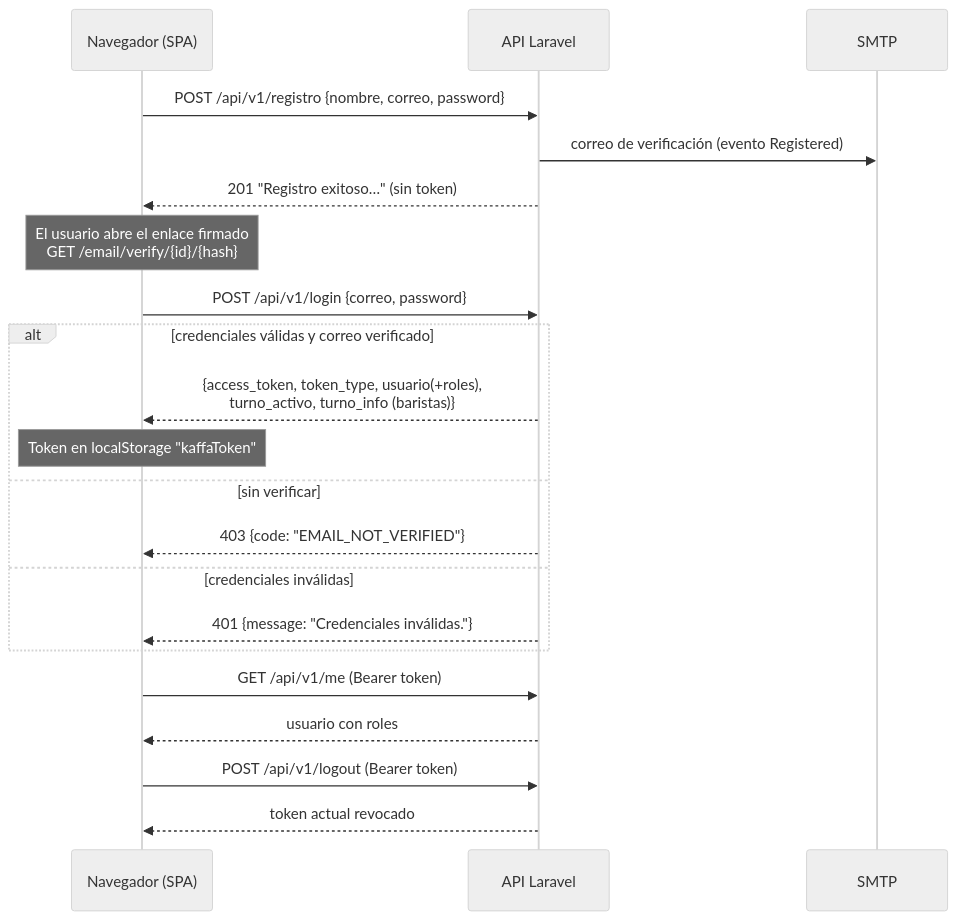
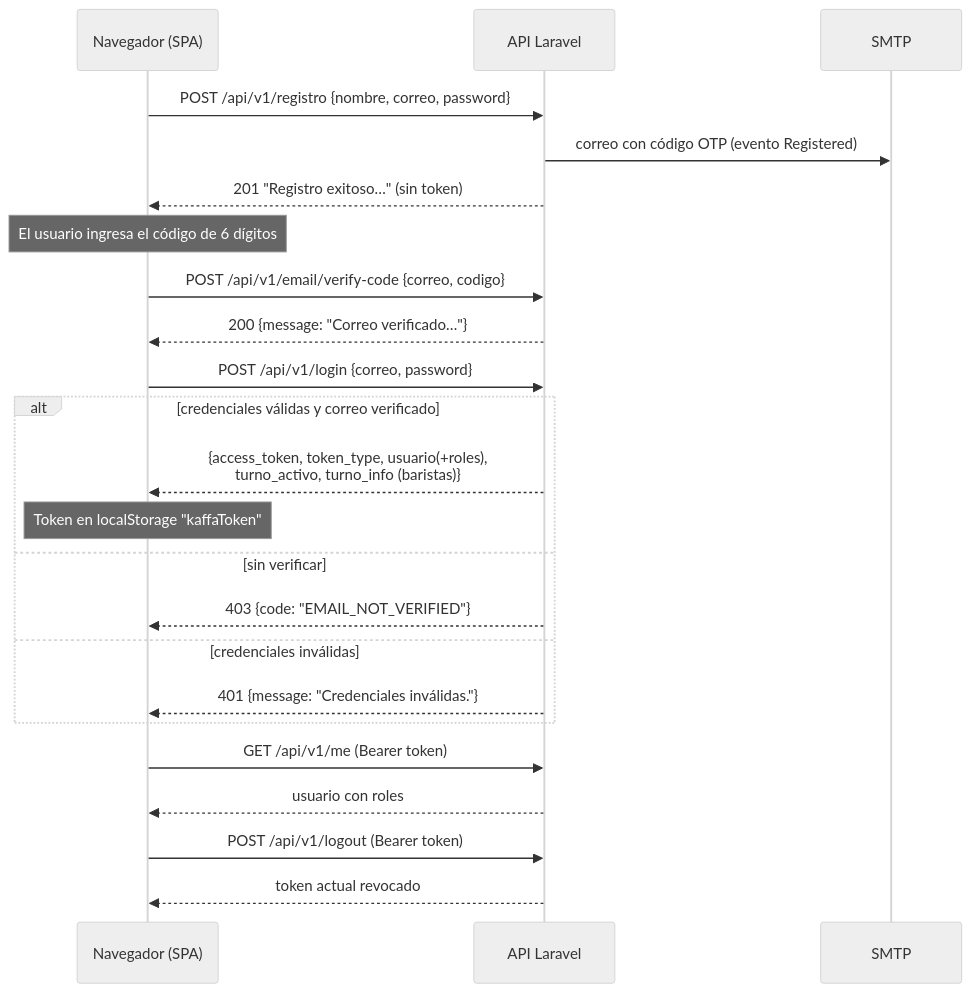
The third of 4 diagrams in 01-arquitectura.md (jjsch2008/Documentacion_Kaffa), drawn with Mermaid (neutral theme) before and after one commit. The commit also changed other lines of this file and 14 other files, not shown here.

````diff
--- a/01-arquitectura.md
+++ b/01-arquitectura.md
@@ -130,24 +130,26 @@
 ```mermaid
 sequenceDiagram
     participant N as Navegador (SPA)
     participant A as API Laravel
     participant M as SMTP
 
     N->>A: POST /api/v1/registro {nombre, correo, password}
-    A->>M: correo de verificación (evento Registered)
+    A->>M: correo con código OTP (evento Registered)
     A-->>N: 201 "Registro exitoso…" (sin token)
-    Note over N: El usuario abre el enlace firmado<br/>GET /email/verify/{id}/{hash}
+    Note over N: El usuario ingresa el código de 6 dígitos
+    N->>A: POST /api/v1/email/verify-code {correo, codigo}
+    A-->>N: 200 {message: "Correo verificado…"}
     N->>A: POST /api/v1/login {correo, password}
     alt credenciales válidas y correo verificado
         A-->>N: {access_token, token_type, usuario(+roles),<br/>turno_activo, turno_info (baristas)}
         Note over N: Token en localStorage "kaffaToken"
     else sin verificar
         A-->>N: 403 {code: "EMAIL_NOT_VERIFIED"}
     else credenciales inválidas
         A-->>N: 401 {message: "Credenciales inválidas."}
     end
     N->>A: GET /api/v1/me (Bearer token)
     A-->>N: usuario con roles
     N->>A: POST /api/v1/logout (Bearer token)
     A-->>N: token actual revocado
 ```
````
